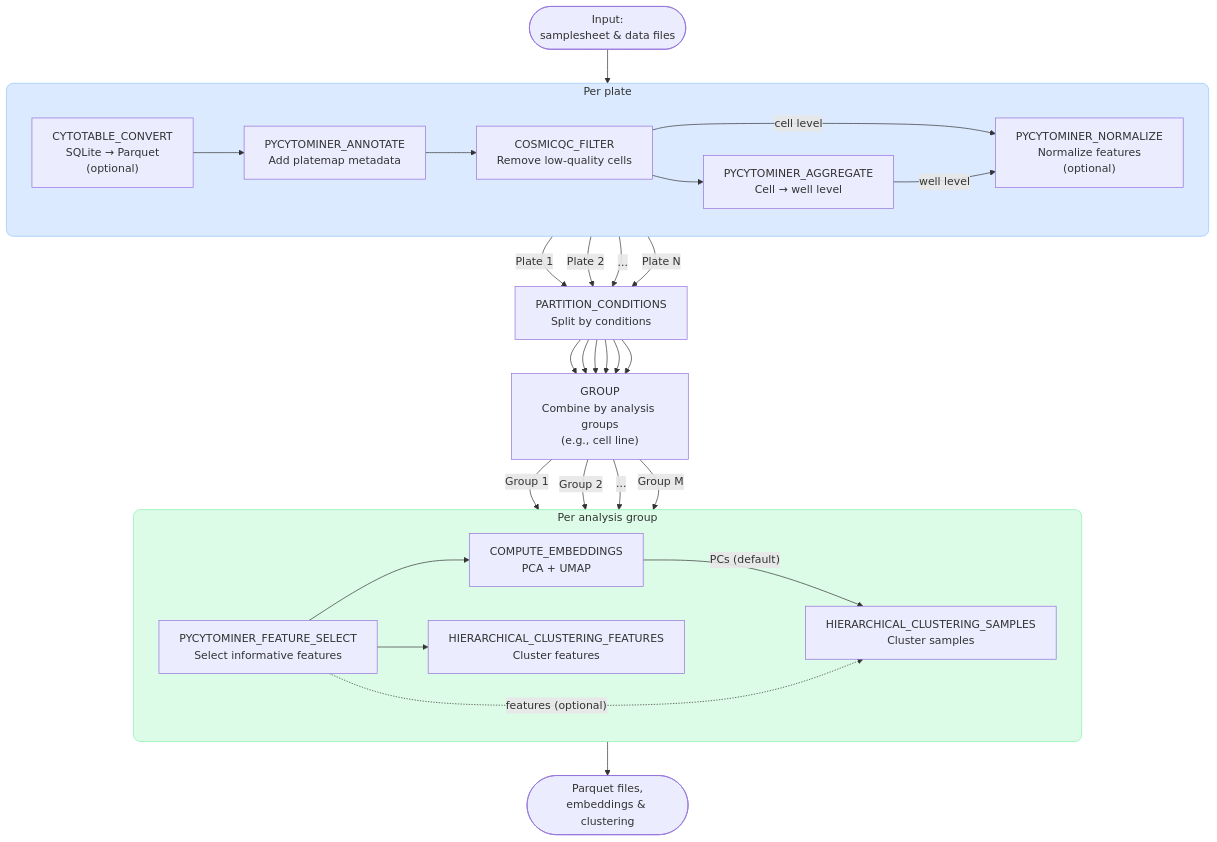
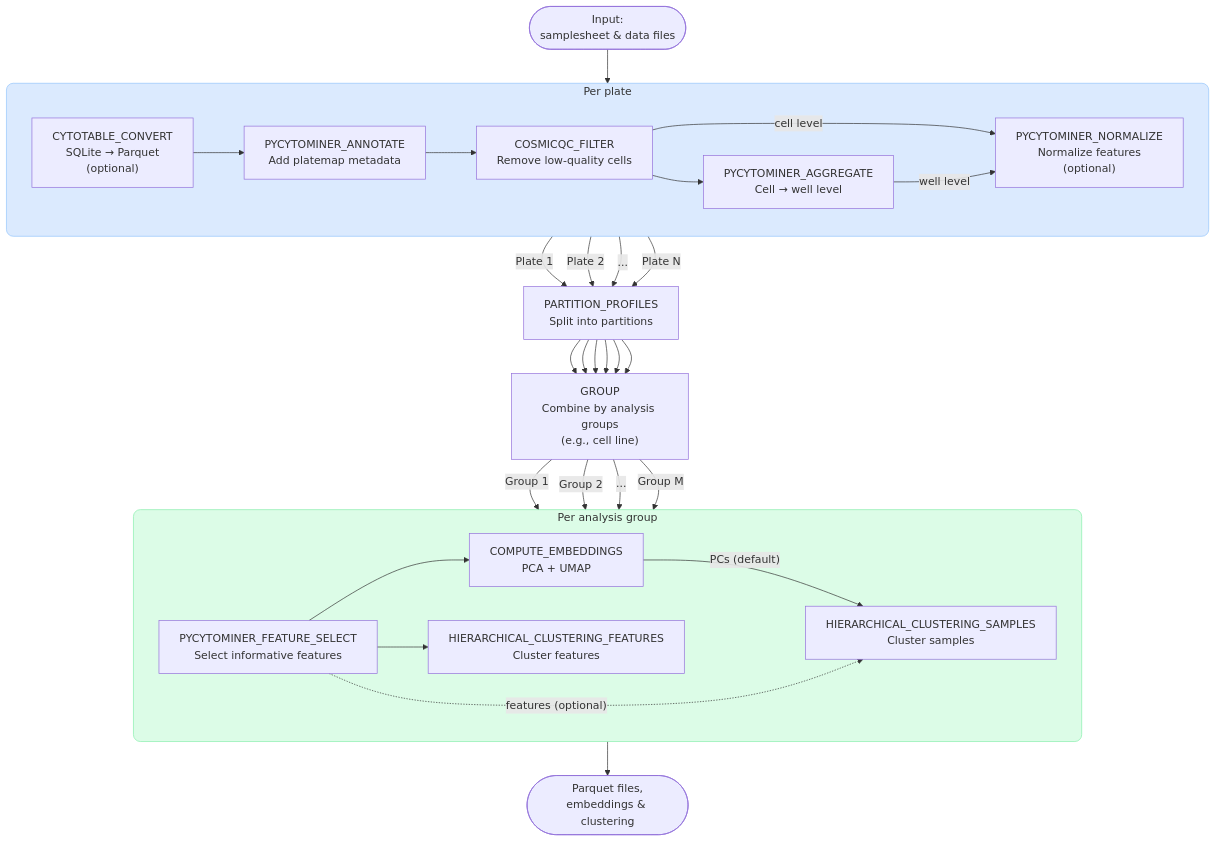
One commit to AlexsLemonade/morphport changed the diagram in README.md. Above: the diagram before and after it, drawn with Mermaid. The commit also changed 16 other files, not shown here.

Commit message:
rename partition conditions and partition profiles

````diff
--- a/README.md
+++ b/README.md
@@ -22,53 +22,53 @@
 ```mermaid
 flowchart TD
     INPUT([Input:\nsamplesheet & data files])
 
     subgraph per_plate ["Per plate"]
         CYTOTABLE["CYTOTABLE_CONVERT\nSQLite → Parquet\n(optional)"]
         ANNOTATE[PYCYTOMINER_ANNOTATE\nAdd platemap metadata]
         FILTER[COSMICQC_FILTER\nRemove low-quality cells]
         AGGREGATE[PYCYTOMINER_AGGREGATE\nCell → well level]
         NORMALIZE["PYCYTOMINER_NORMALIZE\nNormalize features\n(optional)"]
 
         CYTOTABLE --> ANNOTATE
         ANNOTATE --> FILTER
         FILTER -->|cell level| NORMALIZE
         FILTER --> AGGREGATE
         AGGREGATE -->|well level| NORMALIZE
     end
 
     subgraph per_group ["Per analysis group"]
         FEATURE_SELECT[PYCYTOMINER_FEATURE_SELECT\nSelect informative features]
         EMBEDDINGS[COMPUTE_EMBEDDINGS\nPCA + UMAP]
         CLUSTERING[HIERARCHICAL_CLUSTERING_SAMPLES\nCluster samples]
         CLUSTER_FEATURES[HIERARCHICAL_CLUSTERING_FEATURES\nCluster features]
         FEATURE_SELECT --> EMBEDDINGS
         EMBEDDINGS -->|"PCs (default)"| CLUSTERING
         FEATURE_SELECT -.->|"features (optional)"| CLUSTERING
         FEATURE_SELECT --> CLUSTER_FEATURES
     end
 
     style per_plate fill:#dbeafe,stroke:#93c5fd,rx:10,ry:10
     style per_group fill:#dcfce7,stroke:#86efac,rx:10,ry:10
 
     INPUT --> per_plate
 
-    PARTITION["PARTITION_CONDITIONS\nSplit by conditions"]
+    PARTITION["PARTITION_PROFILES\nSplit into partitions"]
     GROUP["GROUP\nCombine by analysis groups\n(e.g., cell line)"]
 
     per_plate -->|"Plate 1"| PARTITION
     per_plate -->|"Plate 2"| PARTITION
     per_plate -->|"..."| PARTITION
     per_plate -->|"Plate N"| PARTITION
     PARTITION --> GROUP
     PARTITION --> GROUP
     PARTITION --> GROUP
     PARTITION --> GROUP
     PARTITION --> GROUP
     PARTITION --> GROUP
     GROUP -->|"Group 1"| per_group
     GROUP -->|"Group 2"| per_group
     GROUP -->|"..."| per_group
     GROUP -->|"Group M"| per_group
     per_group --> OUTPUT([Parquet files,\nembeddings & clustering])
 ```
````
